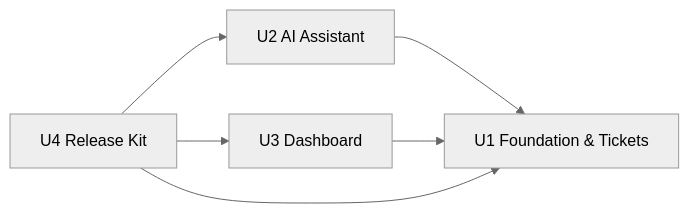
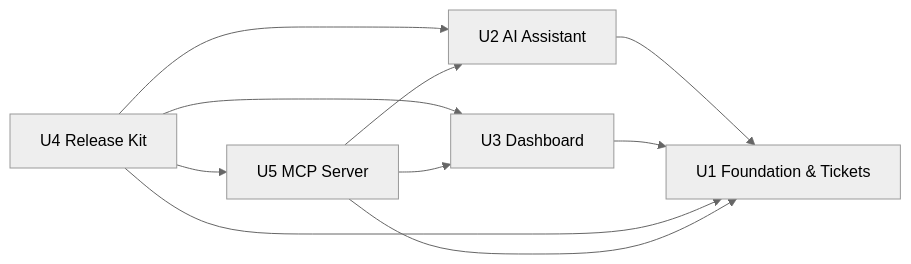
The diagram in aidlc/spaces/default/intents/261019-supportdesk-ai/inception/units-generation/unit-of-work-dependency.md (muhammadnabeel-creator/support-desk), drawn with Mermaid (neutral theme) before and after one commit. The commit also changed other lines of this file and 31 other files, not shown here.

Commit message:
docs: plan MCP server change request

````diff
--- a/aidlc/spaces/default/intents/261019-supportdesk-ai/inception/units-generation/unit-of-work-dependency.md
+++ b/aidlc/spaces/default/intents/261019-supportdesk-ai/inception/units-generation/unit-of-work-dependency.md
@@ -7,8 +7,12 @@
 ```mermaid
 graph LR
     U2["U2 AI Assistant"] --> U1["U1 Foundation & Tickets"]
     U3["U3 Dashboard"] --> U1
     U4["U4 Release Kit"] --> U1
     U4 --> U2
     U4 --> U3
+    U5["U5 MCP Server"] --> U1
+    U5 --> U2
+    U5 --> U3
+    U4 --> U5
 ```
````
